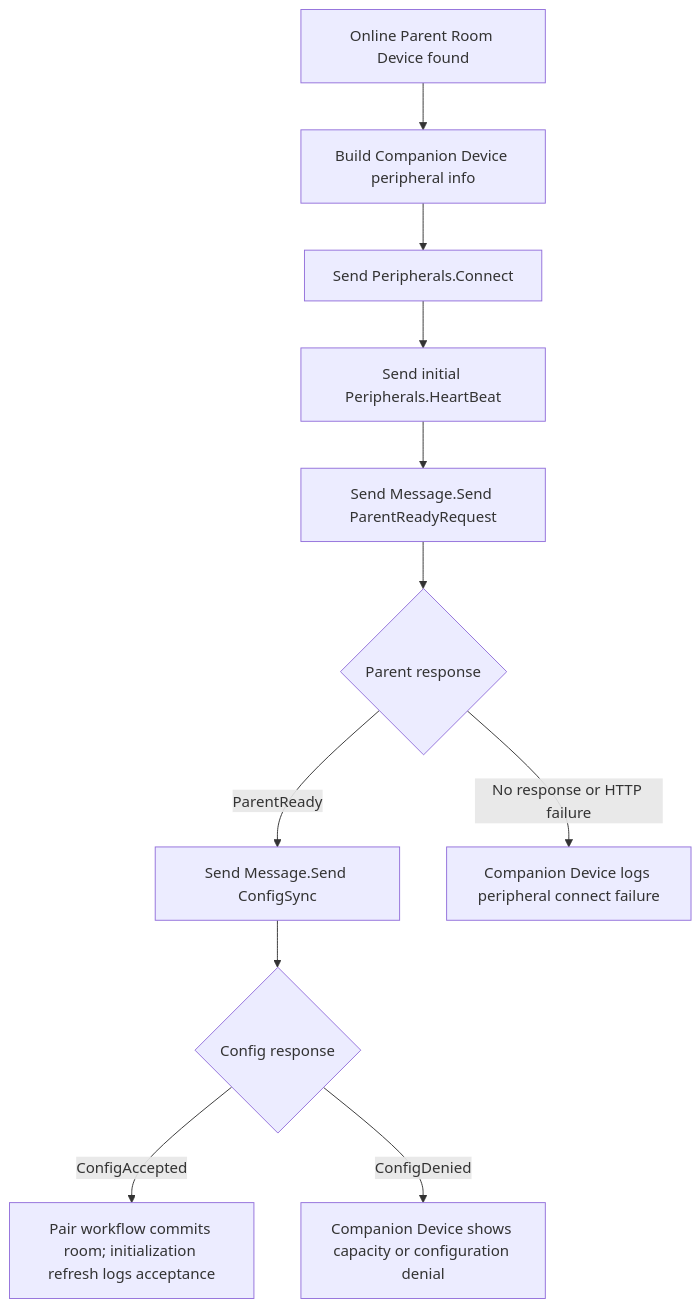
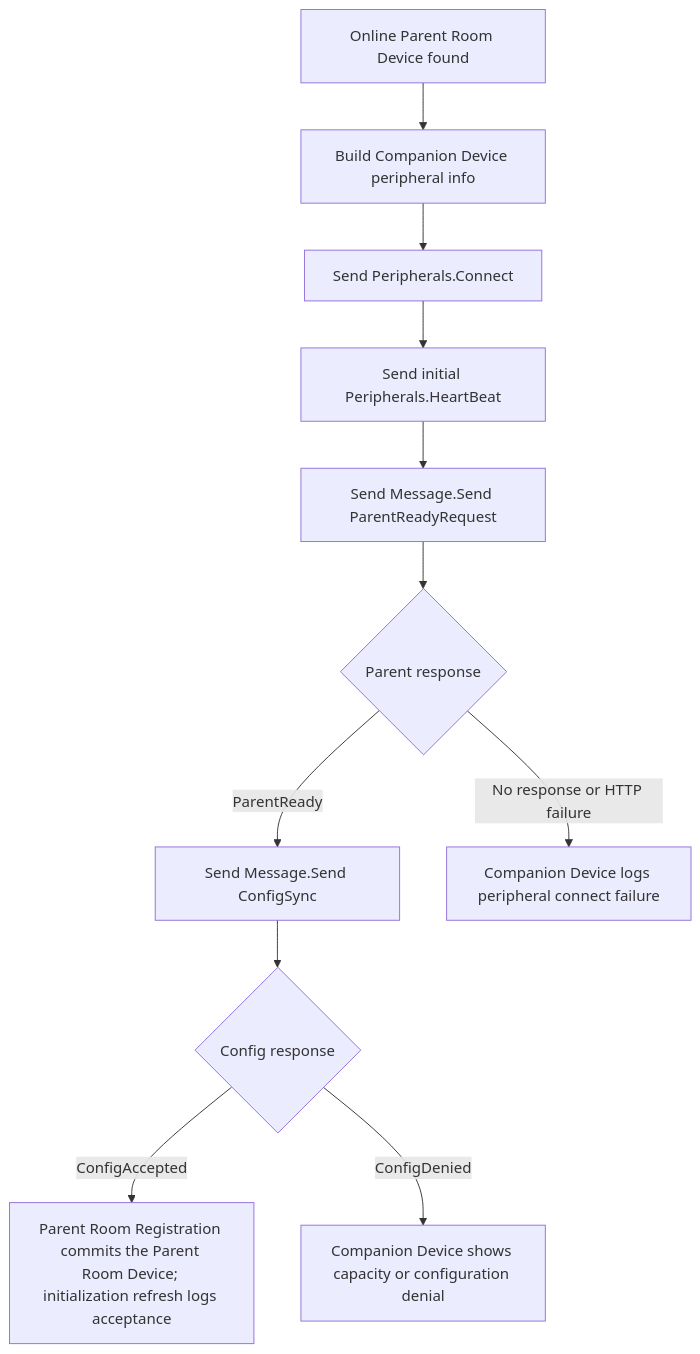
Before and after one commit to ctg-tme/Custom_Companion_2026: the fourth of 8 diagrams in README.md, drawn with Mermaid. The commit also changed other lines of this file and 26 other files, not shown here.

````diff
--- a/README.md
+++ b/README.md
@@ -163,13 +163,13 @@
 ```mermaid
 flowchart TD
 	A[Online Parent Room Device found] --> B[Build Companion Device peripheral info]
 	B --> C[Send Peripherals.Connect]
 	C --> D[Send initial Peripherals.HeartBeat]
 	D --> E[Send Message.Send ParentReadyRequest]
 	E --> F{Parent response}
 	F -- ParentReady --> G[Send Message.Send ConfigSync]
 	G --> H{Config response}
-	H -- ConfigAccepted --> I[Pair workflow commits room; initialization refresh logs acceptance]
+	H -- ConfigAccepted --> I[Parent Room Registration commits the Parent Room Device; initialization refresh logs acceptance]
 	H -- ConfigDenied --> J[Companion Device shows capacity or configuration denial]
 	F -- No response or HTTP failure --> K[Companion Device logs peripheral connect failure]
 ```
````
